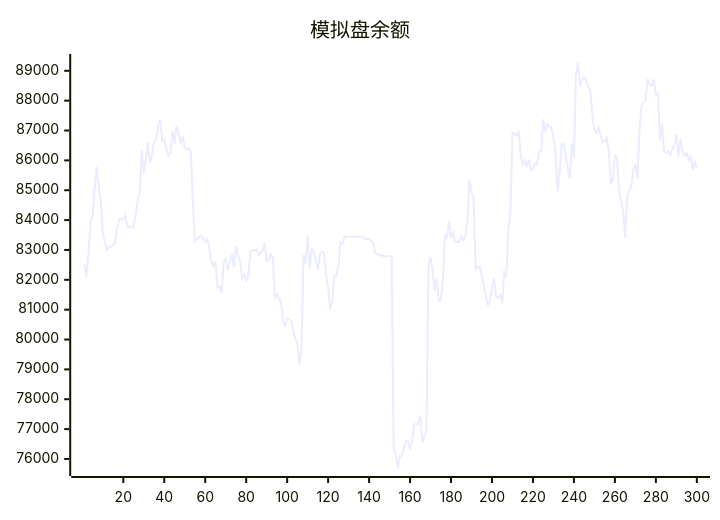
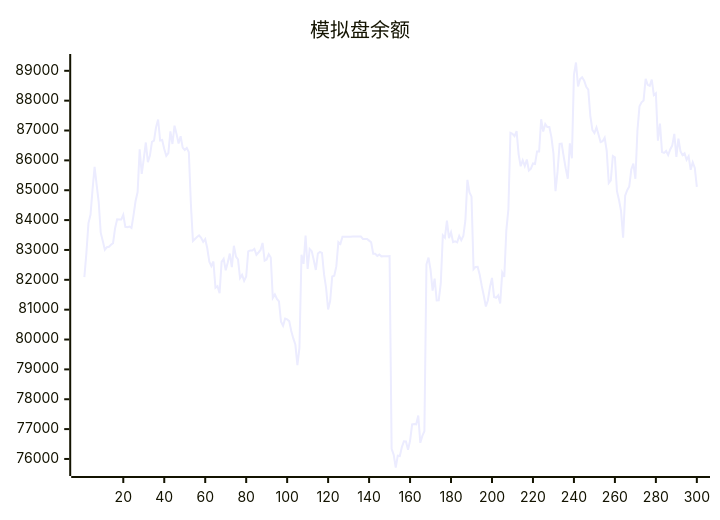
The diagram in README.md (aahl/ai-trading), drawn with Mermaid before and after one commit. The commit also changed other lines of this file and 1 other file, not shown here.

````diff
--- a/README.md
+++ b/README.md
@@ -5,5 +5,5 @@
 ```mermaid
 xychart
     title "模拟盘余额"
-    line [82517,82092,82901,83898,84180,85030,85781,85178,84604,83569,83298,83008,83093,83107,83175,83228,83729,84025,84017,84019,84177,83775,83762,83785,83738,84160,84639,84939,86370,85548,86046,86599,85942,86161,86622,86664,87115,87369,86666,86685,86384,86152,86243,86969,86548,87164,86885,86566,86809,86427,86348,86417,86273,84538,83299,83369,83430,83490,83404,83270,83362,83056,82605,82459,82614,81734,81788,81551,82598,82702,82320,82580,82878,82426,83139,82778,82686,82056,82166,81963,82110,82951,82983,82984,83038,82838,82915,82998,83235,82642,82682,82858,82746,81396,81512,81362,81277,80600,80461,80699,80673,80616,80288,80038,79836,79142,79722,82837,82533,83480,82366,83032,82960,82654,82330,82883,82934,82901,82188,81728,81005,81298,82110,82135,82449,83264,83203,83440,83439,83440,83440,83446,83447,83448,83447,83448,83449,83369,83369,83369,83313,83256,82872,82873,82801,82844,82785,82791,82791,82793,82794,76339,76145,75714,76110,76096,76397,76594,76585,76310,76607,77160,77170,77160,77456,76541,76774,76927,82520,82744,82337,81639,82040,81307,81314,81887,83490,83414,83984,83396,83594,83261,83287,83253,83470,83327,83465,83987,85348,84930,84786,82355,82433,82438,82167,81795,81466,81105,81315,81756,82064,81426,81398,81481,81210,82242,82099,83658,84359,86925,86892,86814,86980,86203,85802,86003,85811,86028,85657,85721,85896,85880,86300,86299,87378,86965,87214,87115,87118,86780,86238,84966,85623,86555,86562,86129,85722,85387,86569,86070,88870,89278,88477,88720,88781,88668,88467,88372,87493,87018,86917,87102,86870,86613,86644,86758,86317,85242,85334,86149,86106,84968,84671,84302,83410,84816,85001,85127,85693,85891,85384,87001,87811,87945,88007,88734,88528,88495,88705,88189,88248,86662,87234,86279,86251,86314,86177,86364,86503,86886,86114,86731,86310,86176,86240,86017,86136,85685,85938,85749]
+    line [82092,82901,83898,84180,85030,85781,85178,84604,83569,83298,83008,83093,83107,83175,83228,83729,84025,84017,84019,84177,83775,83762,83785,83738,84160,84639,84939,86370,85548,86046,86599,85942,86161,86622,86664,87115,87369,86666,86685,86384,86152,86243,86969,86548,87164,86885,86566,86809,86427,86348,86417,86273,84538,83299,83369,83430,83490,83404,83270,83362,83056,82605,82459,82614,81734,81788,81551,82598,82702,82320,82580,82878,82426,83139,82778,82686,82056,82166,81963,82110,82951,82983,82984,83038,82838,82915,82998,83235,82642,82682,82858,82746,81396,81512,81362,81277,80600,80461,80699,80673,80616,80288,80038,79836,79142,79722,82837,82533,83480,82366,83032,82960,82654,82330,82883,82934,82901,82188,81728,81005,81298,82110,82135,82449,83264,83203,83440,83439,83440,83440,83446,83447,83448,83447,83448,83449,83369,83369,83369,83313,83256,82872,82873,82801,82844,82785,82791,82791,82793,82794,76339,76145,75714,76110,76096,76397,76594,76585,76310,76607,77160,77170,77160,77456,76541,76774,76927,82520,82744,82337,81639,82040,81307,81314,81887,83490,83414,83984,83396,83594,83261,83287,83253,83470,83327,83465,83987,85348,84930,84786,82355,82433,82438,82167,81795,81466,81105,81315,81756,82064,81426,81398,81481,81210,82242,82099,83658,84359,86925,86892,86814,86980,86203,85802,86003,85811,86028,85657,85721,85896,85880,86300,86299,87378,86965,87214,87115,87118,86780,86238,84966,85623,86555,86562,86129,85722,85387,86569,86070,88870,89278,88477,88720,88781,88668,88467,88372,87493,87018,86917,87102,86870,86613,86644,86758,86317,85242,85334,86149,86106,84968,84671,84302,83410,84816,85001,85127,85693,85891,85384,87001,87811,87945,88007,88734,88528,88495,88705,88189,88248,86662,87234,86279,86251,86314,86177,86364,86503,86886,86114,86731,86310,86176,86240,86017,86136,85685,85938,85749,85111]
 ```
````
